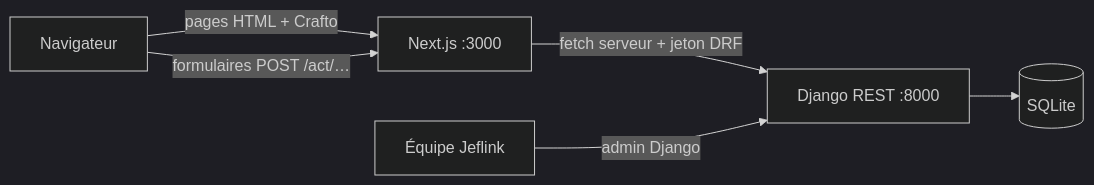
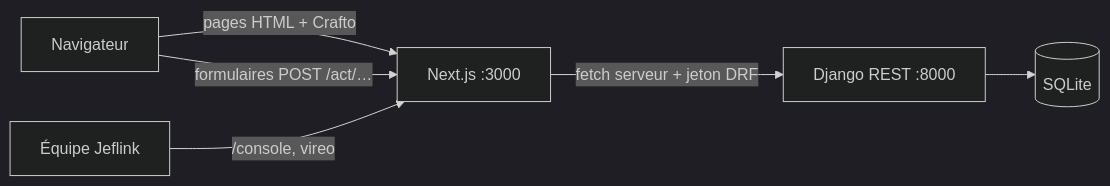
The diagram in docs/ARCHITECTURE.md (ZayTauven/Jeflink-monorepo), drawn with Mermaid (dark theme) before and after one commit. The commit also changed other lines of this file and 38 other files, not shown here.

First line of the commit message:
feat(web): console d'administration, lot 0 (vireo habillé Crafto)

````diff
--- a/docs/ARCHITECTURE.md
+++ b/docs/ARCHITECTURE.md
@@ -5,8 +5,8 @@
 ```mermaid
 flowchart LR
   B[Navigateur] -->|pages HTML + Crafto| W[Next.js :3000]
   B -->|formulaires POST /act/…| W
   W -->|fetch serveur + jeton DRF| A[Django REST :8000]
   A --> D[(SQLite)]
-  O[Équipe Jeflink] -->|admin Django| A
+  O[Équipe Jeflink] -->|/console, vireo| W
 ```
````
